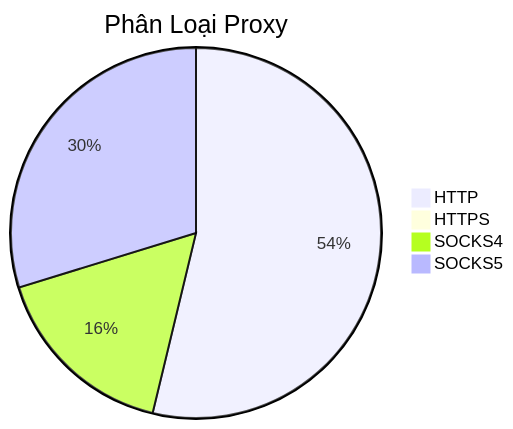
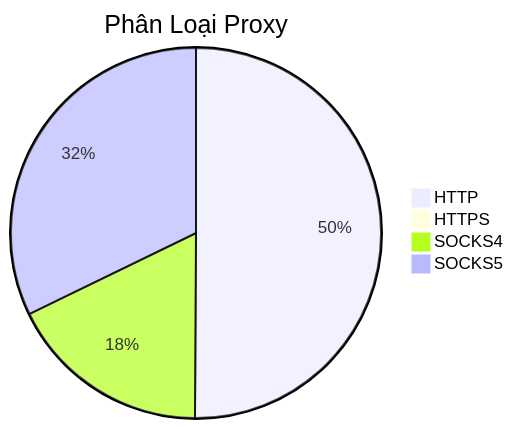
The diagram in README.md (Ciara-12/PROXY-free), drawn with Mermaid before and after one commit. The commit also changed other lines of this file and 3 other files, not shown here.

````diff
--- a/README.md
+++ b/README.md
@@ -26,7 +26,7 @@
 ```mermaid
 pie title Phân Loại Proxy
-    "HTTP" : 1115
+    "HTTP" : 854
     "HTTPS" : 0
-    "SOCKS4" : 342
-    "SOCKS5" : 617
+    "SOCKS4" : 302
+    "SOCKS5" : 549
 ```
````
